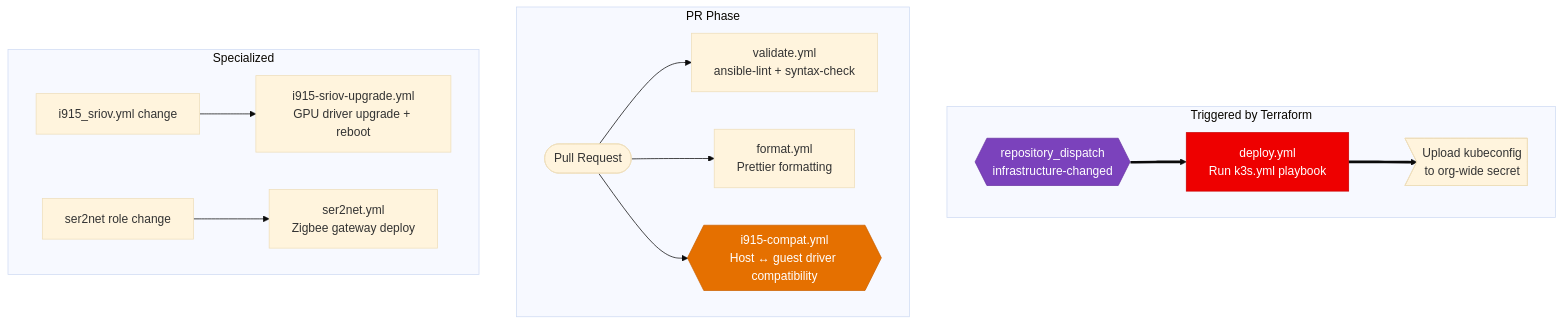
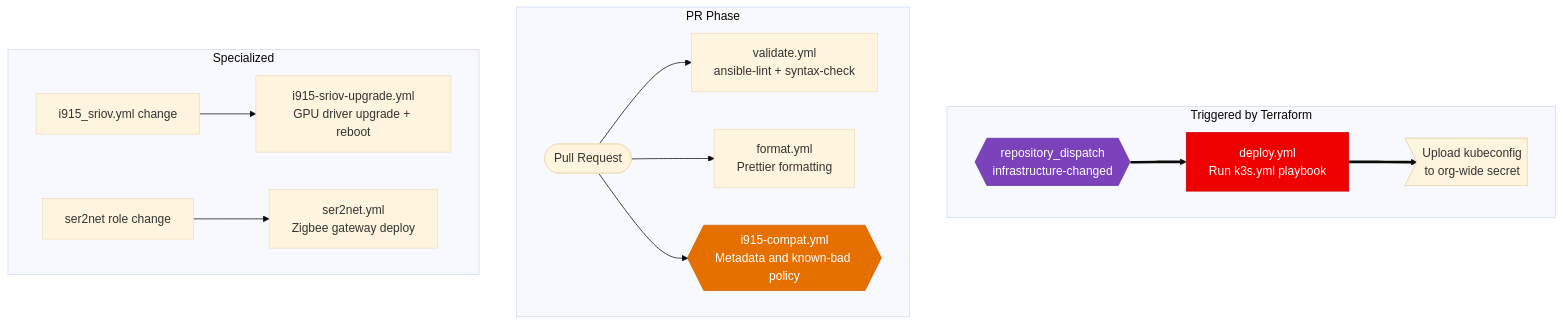
One commit to Starktastic-Homelab/ansible changed the fourth of 5 diagrams in README.md. Above: the diagram before and after it, drawn with Mermaid (base theme). The commit also changed other lines of this file and 14 other files, not shown here.

````diff
--- a/README.md
+++ b/README.md
@@ -355,25 +437,25 @@
 ```mermaid
 flowchart TD
     subgraph triggered["Triggered by Terraform"]
         DISPATCH{{repository_dispatch\ninfrastructure-changed}} ==> DEPLOY[deploy.yml\nRun k3s.yml playbook]
         DEPLOY ==> KUBECONFIG>Upload kubeconfig\nto org-wide secret]
     end
 
     subgraph pr["PR Phase"]
         PR([Pull Request]) --> LINT[validate.yml\nansible-lint + syntax-check]
         PR --> FMT[format.yml\nPrettier formatting]
-        PR --> CMP{{i915-compat.yml\nHost ↔ guest driver compatibility}}
+        PR --> CMP{{i915-compat.yml\nMetadata and known-bad policy}}
     end
 
     subgraph special["Specialized"]
         DRV_CHANGE["i915_sriov.yml change"] --> I915[i915-sriov-upgrade.yml\nGPU driver upgrade + reboot]
         SER_CHANGE["ser2net role change"] --> SER[ser2net.yml\nZigbee gateway deploy]
     end
 
     classDef deploy fill:#EE0000,stroke:#CC0000,color:#fff
     classDef dispatch fill:#7B42BC,stroke:#6A35A3,color:#fff
     classDef gatecheck fill:#E57000,stroke:#CC6300,color:#fff
     class DEPLOY deploy
     class DISPATCH dispatch
     class CMP gatecheck
 ```
````
